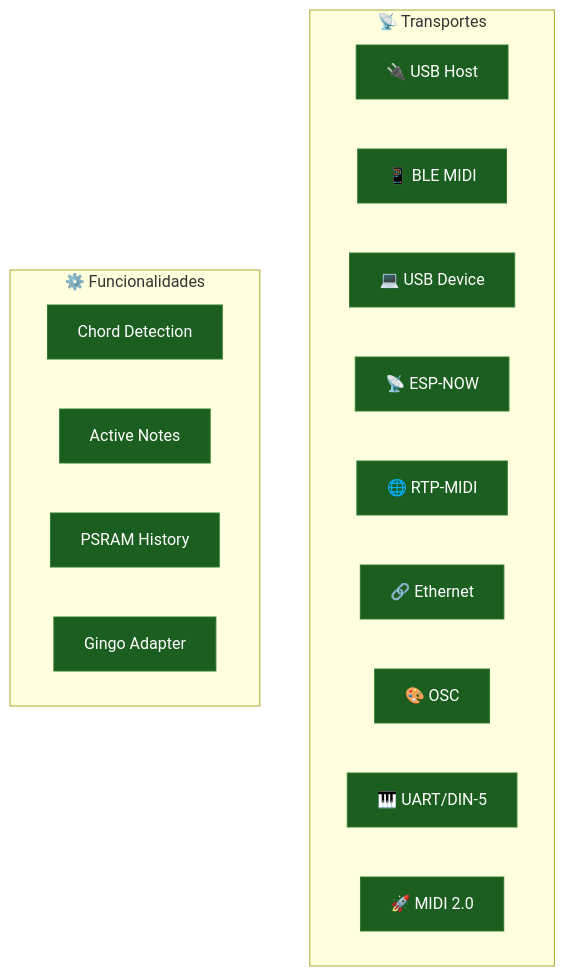
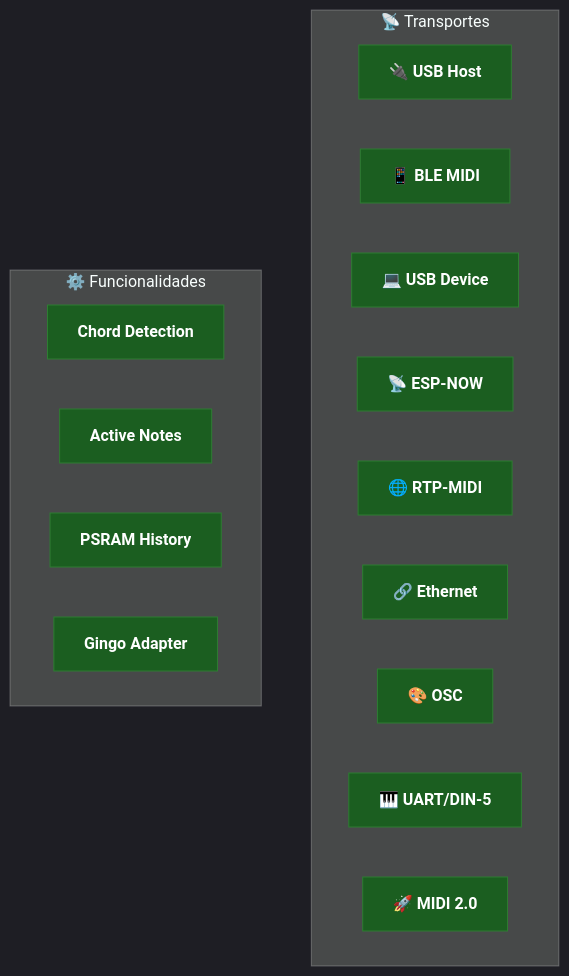
One commit to sauloverissimo/ESP32_Host_MIDI changed the diagram in docs/roadmap.md. Above: the diagram before and after it, drawn with Mermaid. The commit also changed 1 other file, not shown here.

Commit message:
Force dark theme on Mermaid diagrams for consistent contrast in light/dark modes
Use %%{init: {'theme': 'dark'}}%% on architecture and roadmap diagrams so
white text on dark nodes is always readable regardless of the page color scheme

````diff
--- a/docs/roadmap.md
+++ b/docs/roadmap.md
@@ -11,26 +11,27 @@
 ```mermaid
+%%{init: {'theme': 'dark'}}%%
 graph TD
-    classDef done fill:#1B5E20,color:#fff,stroke:#2E7D32
-    classDef feat fill:#1A237E,color:#fff,stroke:#283593
+    classDef done fill:#1B5E20,color:#fff,stroke:#2E7D32,font-weight:bold
+    classDef feat fill:#1A237E,color:#fff,stroke:#283593,font-weight:bold
 
     subgraph T["📡 Transportes"]
         direction LR
         USB["🔌 USB Host"]:::done
         BLE["📱 BLE MIDI"]:::done
         USBDEV["💻 USB Device"]:::done
         ESPNOW["📡 ESP-NOW"]:::done
         RTP["🌐 RTP-MIDI"]:::done
         ETH["🔗 Ethernet"]:::done
         OSC["🎨 OSC"]:::done
         UART["🎹 UART/DIN-5"]:::done
         MIDI2["🚀 MIDI 2.0"]:::done
     end
 
     subgraph F["⚙️ Funcionalidades"]
         direction LR
         CHORD["Chord Detection"]:::done
         ACTIVE["Active Notes"]:::done
         HIST["PSRAM History"]:::done
         GINGO["Gingo Adapter"]:::done
     end
 ```
````
